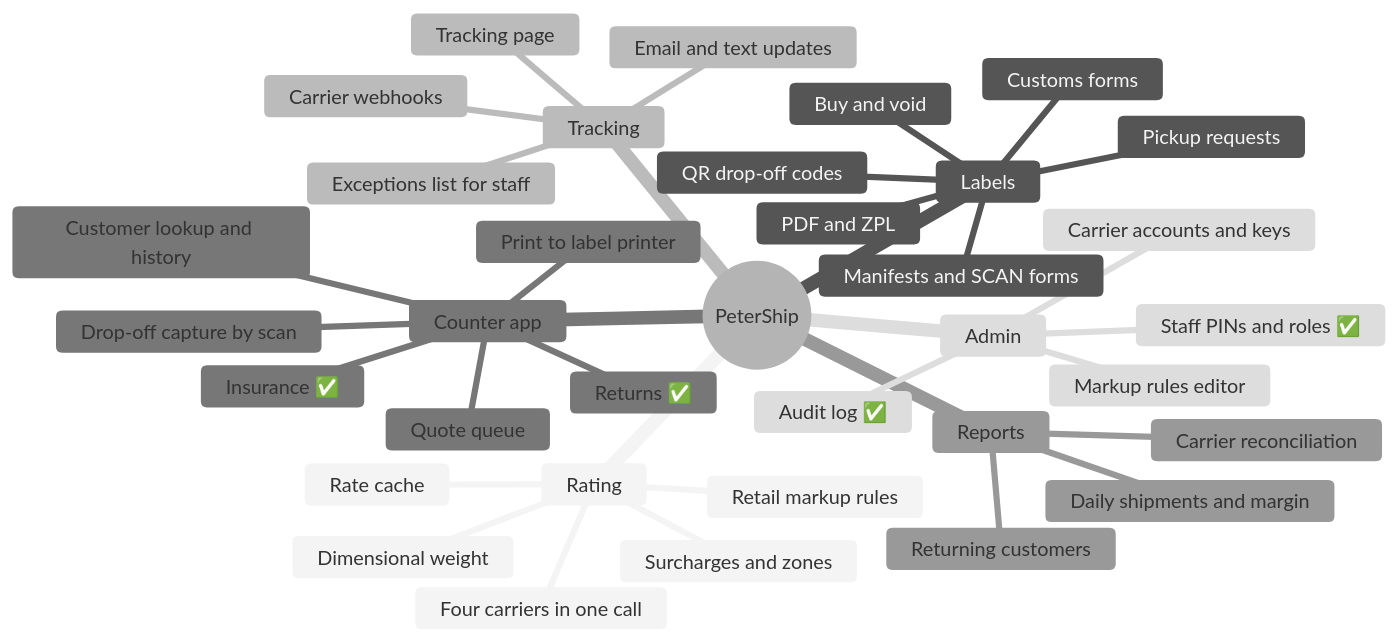
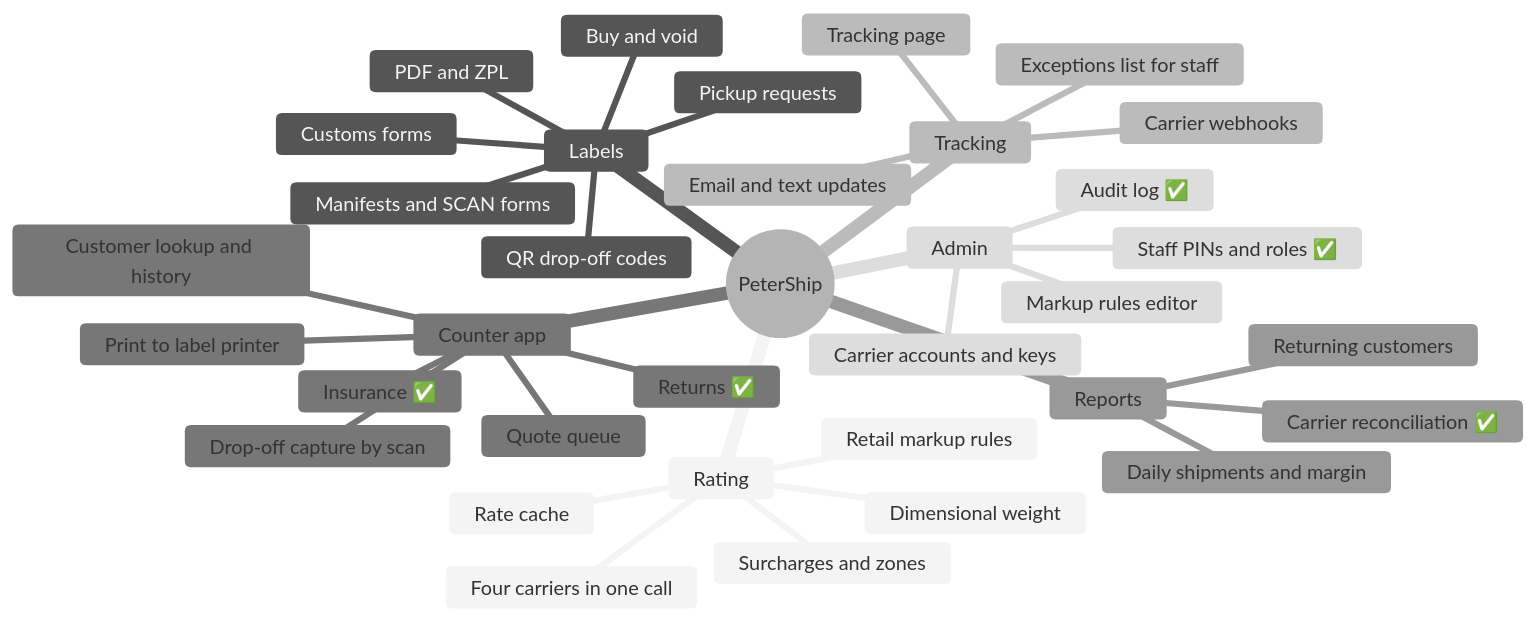
One commit to wbp318/goin-postal-forsythe changed the fifth of 8 diagrams in shipping-client/README.md. Above: the diagram before and after it, drawn with Mermaid (neutral theme). The commit also changed other lines of this file and 19 other files, not shown here.

````diff
--- a/shipping-client/README.md
+++ b/shipping-client/README.md
@@ -441,38 +447,38 @@
 ```mermaid
 mindmap
   root((PeterShip))
     Rating
       Four carriers in one call
       Dimensional weight
       Surcharges and zones
       Retail markup rules
       Rate cache
     Labels
       Buy and void
       PDF and ZPL
       QR drop-off codes
       Customs forms
       Manifests and SCAN forms
       Pickup requests
     Tracking
       Carrier webhooks
       Tracking page
       Email and text updates
       Exceptions list for staff
     Counter app
       Quote queue
       Drop-off capture by scan
       Customer lookup and history
       Returns ✅
       Insurance ✅
       Print to label printer
     Reports
       Daily shipments and margin
-      Carrier reconciliation
+      Carrier reconciliation ✅
       Returning customers
     Admin
       Carrier accounts and keys
       Markup rules editor
       Staff PINs and roles ✅
       Audit log ✅
 ```
````
